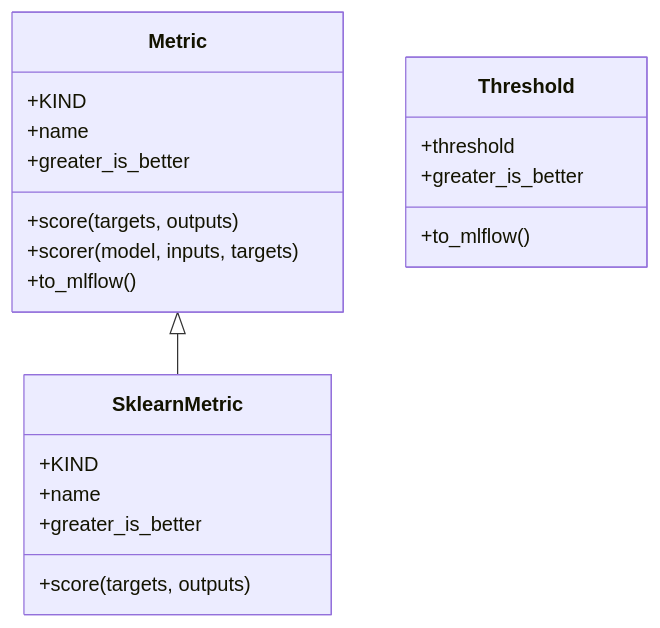
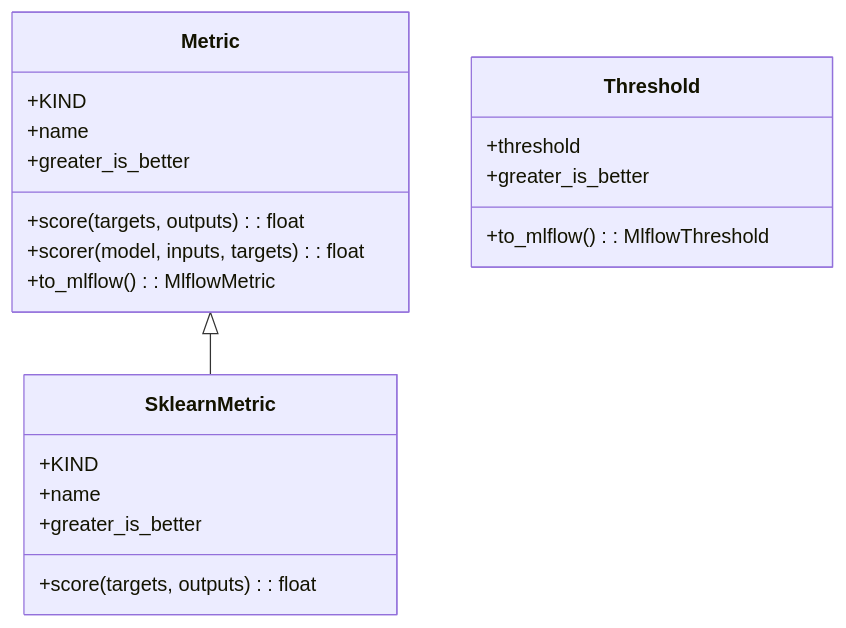
The first of 2 diagrams in wiki/metrics.md (lgcorzo/mlops-python-package), drawn with Mermaid before and after one commit. The commit also changed other lines of this file and 31 other files, not shown here.

````diff
--- a/wiki/metrics.md
+++ b/wiki/metrics.md
@@ -16,23 +16,23 @@
 ```mermaid
 classDiagram
     class Metric {
         +KIND
         +name
         +greater_is_better
-        +score(targets, outputs)
-        +scorer(model, inputs, targets)
-        +to_mlflow()
+        +score(targets, outputs) : float
+        +scorer(model, inputs, targets) : float
+        +to_mlflow() : MlflowMetric
     }
-    Metric <|-- SklearnMetric
     class SklearnMetric {
         +KIND
         +name
         +greater_is_better
-        +score(targets, outputs)
+        +score(targets, outputs) : float
     }
+    Metric <|-- SklearnMetric
     class Threshold {
         +threshold
         +greater_is_better
-        +to_mlflow()
+        +to_mlflow() : MlflowThreshold
     }
 ```
````
